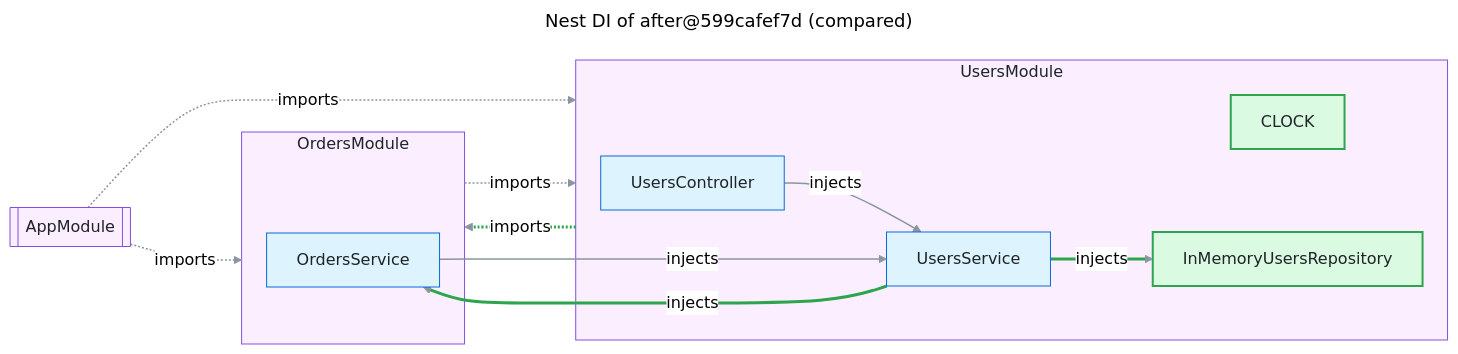
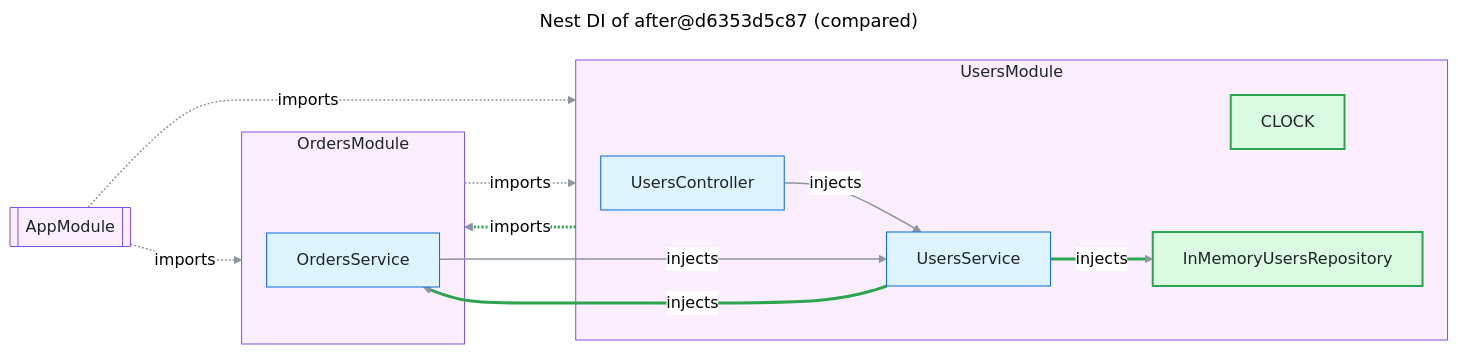
One commit to FullFran/archsieve changed the diagram in examples/nest-shop/nest-compare.mmd. Above: the diagram before and after it, drawn with Mermaid (neutral theme). The commit also changed 24 other files, not shown here.

```diff
--- a/examples/nest-shop/nest-compare.mmd
+++ b/examples/nest-shop/nest-compare.mmd
@@ -1,38 +1,38 @@
 ---
-title: "Nest DI of after@599cafef7d (compared)"
+title: "Nest DI of after@d6353d5c87 (compared)"
 ---
 flowchart LR
   n1[["AppModule"]]:::module
   subgraph n2["OrdersModule"]
     n4["OrdersService"]:::code
   end
   style n2 fill:#fbefff,stroke:#8250df,color:#1f2328
   subgraph n3["UsersModule"]
     n0["UsersController"]:::code
     n5["CLOCK"]:::added
     n6["InMemoryUsersRepository"]:::added
     n7["UsersService"]:::code
   end
   style n3 fill:#fbefff,stroke:#8250df,color:#1f2328
   n0 -->|"injects"| n7
   n1 -.->|"imports"| n2
   n1 -.->|"imports"| n3
   n2 -.->|"imports"| n3
   n3 -.->|"imports"| n2
   n4 -->|"injects"| n7
   n7 -->|"injects"| n4
   n7 -->|"injects"| n6
   linkStyle default stroke:#8c959f,stroke-width:1.5px
   linkStyle 4 stroke:#2da44e,stroke-width:3px
   linkStyle 6 stroke:#2da44e,stroke-width:3px
   linkStyle 7 stroke:#2da44e,stroke-width:3px
   classDef code fill:#ddf4ff,stroke:#0969da,color:#1f2328
   classDef external fill:#fff8c5,stroke:#9a6700,color:#1f2328
   classDef module fill:#fbefff,stroke:#8250df,color:#1f2328
   classDef added fill:#dafbe1,stroke:#2da44e,stroke-width:2px,color:#1f2328
   classDef removed fill:#ffebe9,stroke:#cf222e,stroke-dasharray:4 3,color:#1f2328
   classDef boundary fill:#f6f8fa,stroke:#57606a,stroke-dasharray:6 4,color:#1f2328
   classDef container fill:#ddf4ff,stroke:#0969da,stroke-width:2px,color:#1f2328
   classDef unverified fill:#ffffff,stroke:#0969da,stroke-width:2px,stroke-dasharray:5 3,color:#1f2328
   classDef undeclared fill:#fff1e5,stroke:#bc4c00,stroke-width:2px,color:#1f2328
   classDef focus fill:#ddf4ff,stroke:#0969da,stroke-width:4px,color:#1f2328
```
